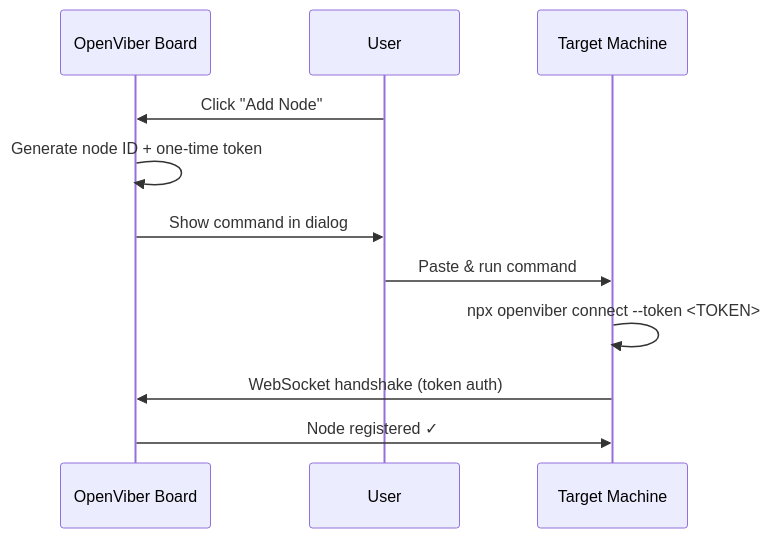
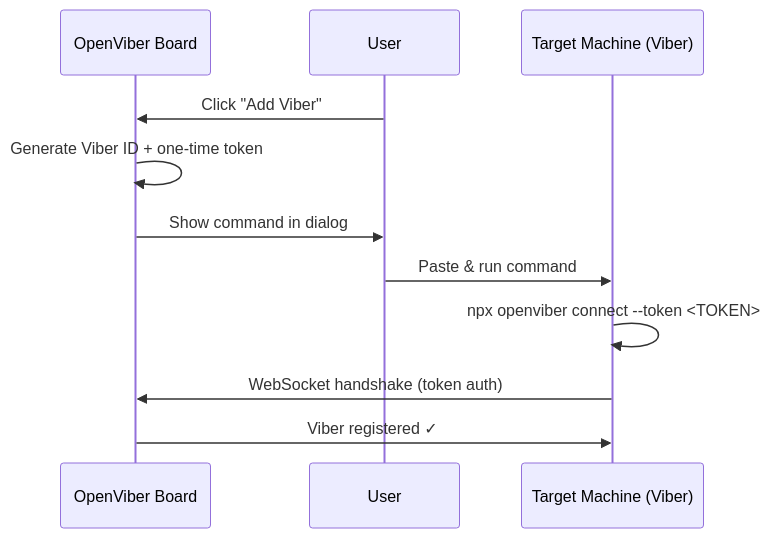
One commit to dustland/openviber changed the third of 3 diagrams in docs/design/viber.md. Above: the diagram before and after it, drawn with Mermaid. The commit also changed other lines of this file and 16 other files, not shown here.

First line of the commit message:
docs: migrate terminology to Viber (machine) and Task (worker)

````diff
--- a/docs/design/viber.md
+++ b/docs/design/viber.md
@@ -204,14 +204,14 @@
 ```mermaid
 sequenceDiagram
     participant B as OpenViber Board
     participant U as User
-    participant N as Target Machine
+    participant V as Target Machine (Viber)
 
-    U->>B: Click "Add Node"
-    B->>B: Generate node ID + one-time token
+    U->>B: Click "Add Viber"
+    B->>B: Generate Viber ID + one-time token
     B->>U: Show command in dialog
-    U->>N: Paste & run command
-    N->>N: npx openviber connect --token <TOKEN>
-    N->>B: WebSocket handshake (token auth)
-    B->>N: Node registered ✓
+    U->>V: Paste & run command
+    V->>V: npx openviber connect --token <TOKEN>
+    V->>B: WebSocket handshake (token auth)
+    B->>V: Viber registered ✓
 ```
````
